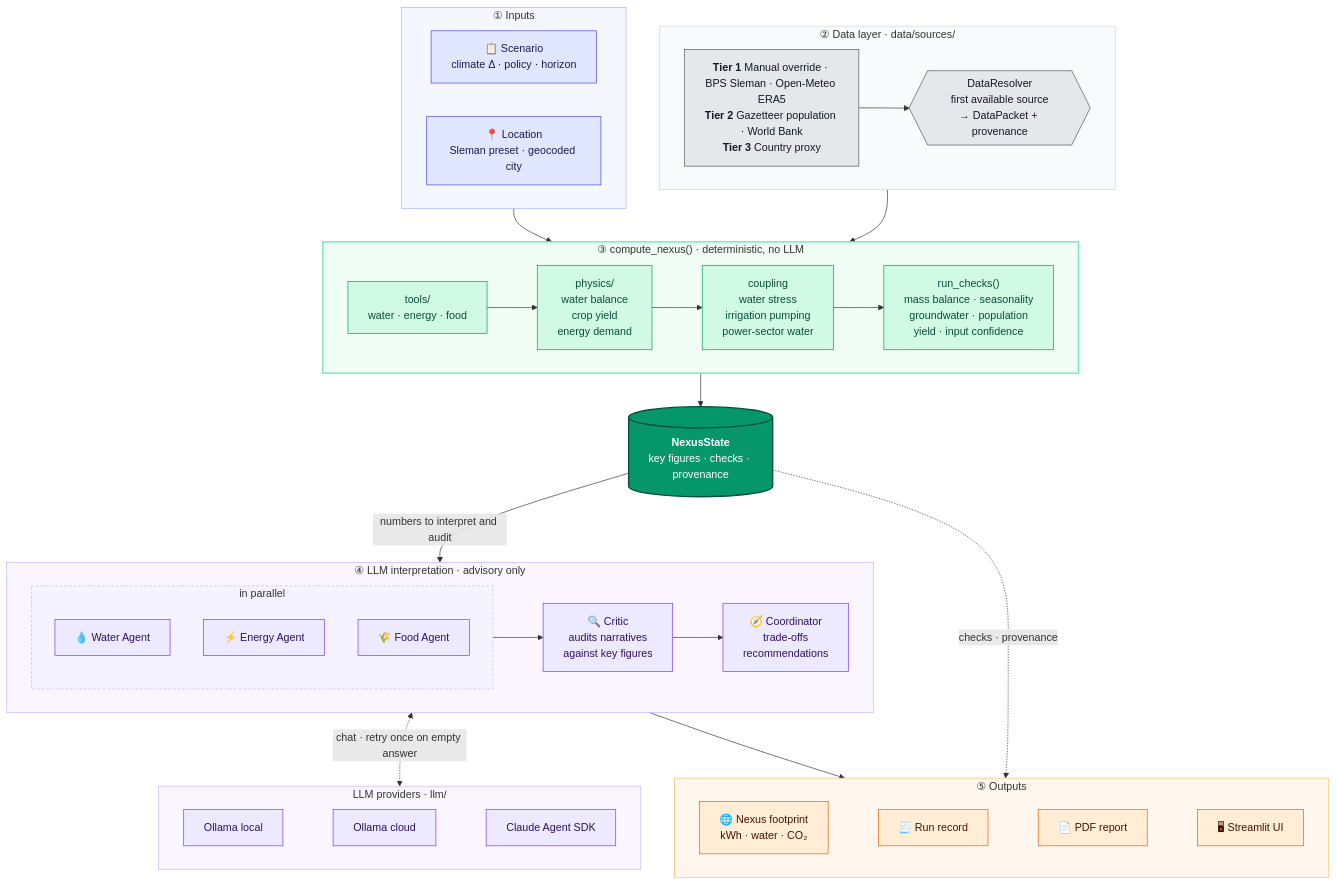
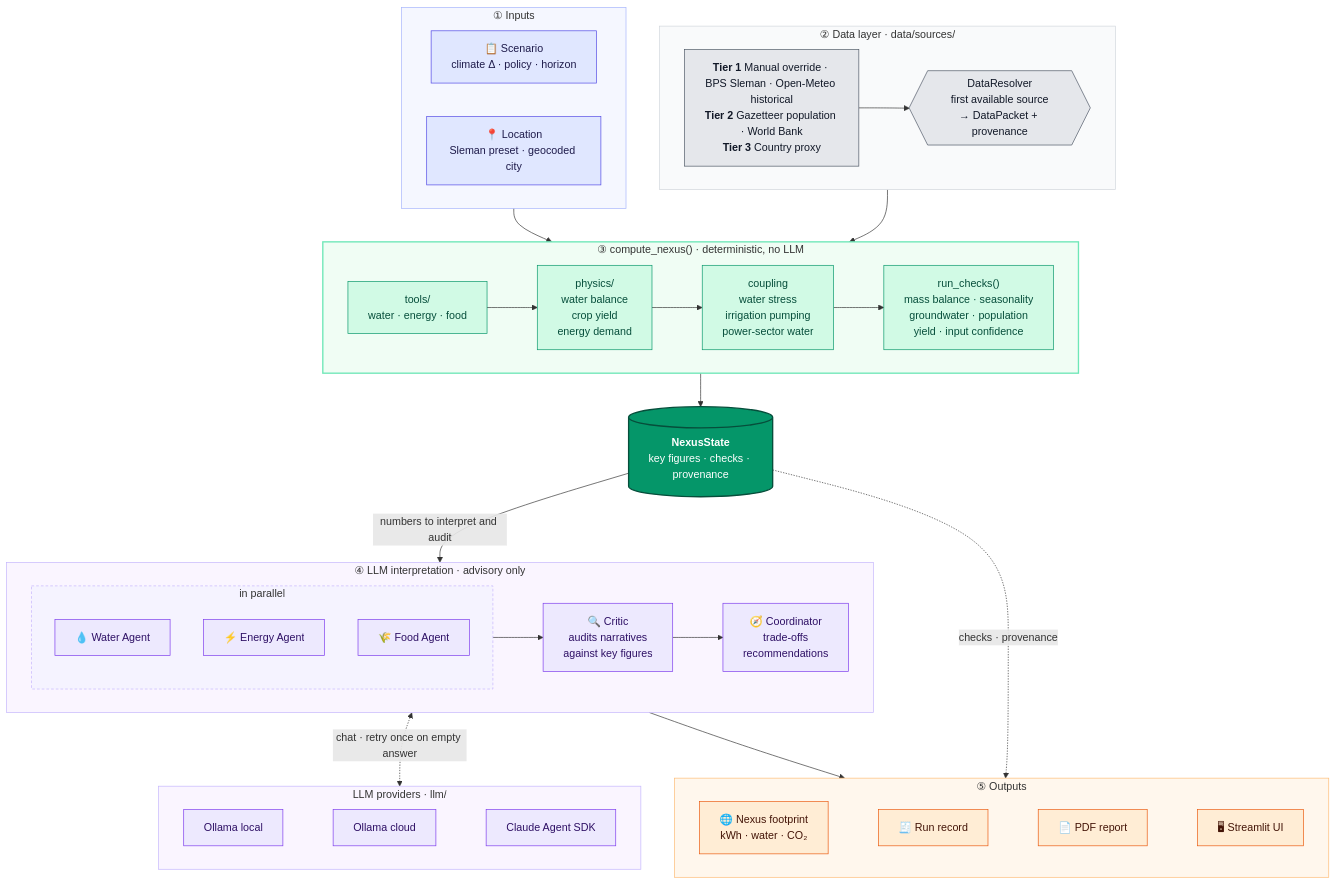
One commit to zakusworo/wef-agentic changed the first of 3 diagrams in README.md. Above: the diagram before and after it, drawn with Mermaid. The commit also changed other lines of this file, not shown here.

````diff
--- a/README.md
+++ b/README.md
@@ -57,78 +133,78 @@
 ```mermaid
 flowchart TB
     subgraph INPUT["① Inputs"]
         direction LR
         SC["📋 Scenario<br/>climate Δ · policy · horizon"]
         LOC["📍 Location<br/>Sleman preset · geocoded city"]
     end
 
     subgraph DATA["② Data layer · data/sources/"]
         direction LR
-        SRC["<b>Tier 1</b> Manual override · BPS Sleman · Open-Meteo ERA5<br/><b>Tier 2</b> Gazetteer population · World Bank<br/><b>Tier 3</b> Country proxy"]
+        SRC["<b>Tier 1</b> Manual override · BPS Sleman · Open-Meteo historical<br/><b>Tier 2</b> Gazetteer population · World Bank<br/><b>Tier 3</b> Country proxy"]
         DR{{"DataResolver<br/>first available source<br/>→ DataPacket + provenance"}}
         SRC --> DR
     end
 
     subgraph CORE["③ compute_nexus() · deterministic, no LLM"]
         direction LR
         TOOLS["tools/<br/>water · energy · food"]
         PHYS["physics/<br/>water balance<br/>crop yield<br/>energy demand"]
         CPL["coupling<br/>water stress<br/>irrigation pumping<br/>power-sector water"]
         CHK["run_checks()<br/>mass balance · seasonality<br/>groundwater · population<br/>yield · input confidence"]
         TOOLS --> PHYS --> CPL --> CHK
     end
 
     NS[("<b>NexusState</b><br/>key figures · checks · provenance")]
 
     subgraph AGENTS["④ LLM interpretation · advisory only"]
         direction LR
         subgraph DOMAIN["in parallel"]
             direction TB
             WA["💧 Water Agent"]
             EA["⚡ Energy Agent"]
             FA["🌾 Food Agent"]
         end
         CR["🔍 Critic<br/>audits narratives<br/>against key figures"]
         CO["🧭 Coordinator<br/>trade-offs<br/>recommendations"]
         DOMAIN --> CR --> CO
     end
 
     subgraph PROVIDERS["LLM providers · llm/"]
         direction LR
         OL["Ollama local"] ~~~ OC["Ollama cloud"] ~~~ CS["Claude Agent SDK"]
     end
 
     subgraph OUTPUT["⑤ Outputs"]
         direction LR
         FP["🌐 Nexus footprint<br/>kWh · water · CO₂"] ~~~ RR["🧾 Run record"] ~~~ PDF["📄 PDF report"] ~~~ UI["🖥 Streamlit UI"]
     end
 
     INPUT --> CORE
     DATA --> CORE
     CORE --> NS
     NS -->|"numbers to interpret and audit"| AGENTS
     AGENTS <-.->|"chat · retry once on empty answer"| PROVIDERS
     AGENTS --> OUTPUT
     NS -.->|"checks · provenance"| OUTPUT
 
     classDef input fill:#e0e7ff,stroke:#4f46e5,color:#1e1b4b
     classDef data fill:#e5e7eb,stroke:#4b5563,color:#111827
     classDef core fill:#d1fae5,stroke:#059669,color:#064e3b
     classDef state fill:#059669,stroke:#064e3b,color:#ffffff,stroke-width:2px
     classDef llm fill:#ede9fe,stroke:#7c3aed,color:#2e1065
     classDef out fill:#ffedd5,stroke:#ea580c,color:#431407
     class SC,LOC input
     class SRC,DR data
     class TOOLS,PHYS,CPL,CHK core
     class NS state
     class WA,EA,FA,CR,CO,OL,OC,CS llm
     class FP,RR,PDF,UI out
 
     style INPUT fill:#f5f7ff,stroke:#a5b4fc
     style DATA fill:#f9fafb,stroke:#d1d5db
     style CORE fill:#f0fdf4,stroke:#6ee7b7,stroke-width:2px
     style AGENTS fill:#faf5ff,stroke:#c4b5fd
     style DOMAIN fill:#f5f3ff,stroke:#c4b5fd,stroke-dasharray:4 3
     style PROVIDERS fill:#faf5ff,stroke:#c4b5fd
     style OUTPUT fill:#fff7ed,stroke:#fdba74
 ```
````
